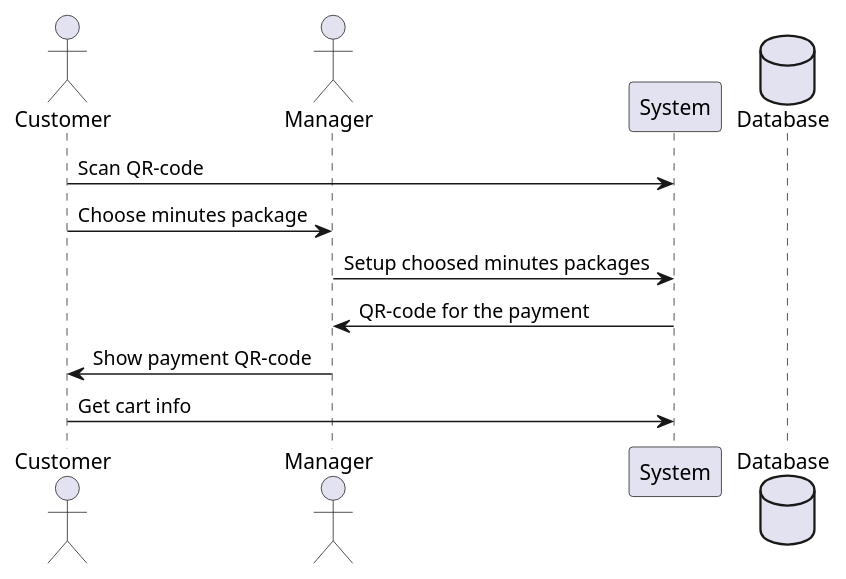
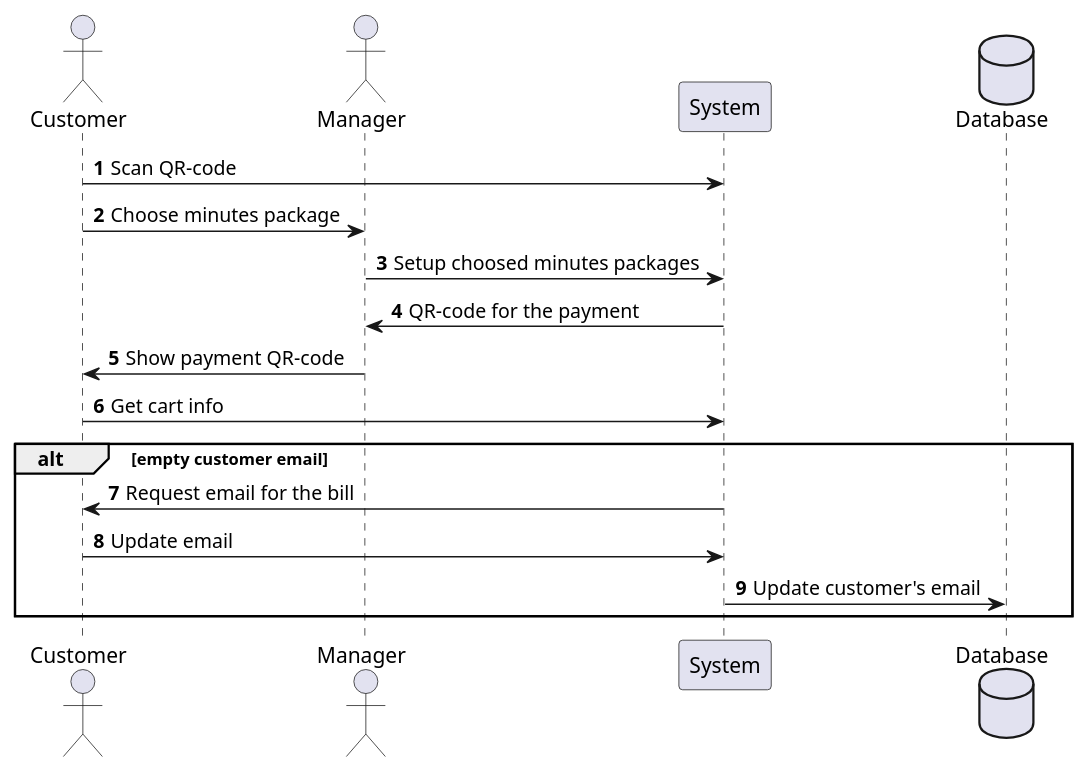
One commit to scipunch/notes changed the diagram in projects/cyberpass/Technical requirements V2.md. Above: the diagram before and after it, drawn with PlantUML. The commit also changed 1 other file, not shown here.

Commit message:
vault backup: 2024-09-02 16:04:15

````diff
--- a/projects/cyberpass/Technical requirements V2.md
+++ b/projects/cyberpass/Technical requirements V2.md
@@ -1,13 +1,19 @@
 ```plantuml
 actor Customer
 actor Manager
 participant System
 database Database
 
+autonumber
 Customer -> System : Scan QR-code
 Customer -> Manager : Choose minutes package
 Manager -> System : Setup choosed minutes packages
 System -> Manager : QR-code for the payment
 Manager -> Customer : Show payment QR-code
 Customer -> System : Get cart info
+alt empty customer email
+	System -> Customer : Request email for the bill
+	Customer -> System : Update email
+	System -> Database : Update customer's email
+end
 ```
````
